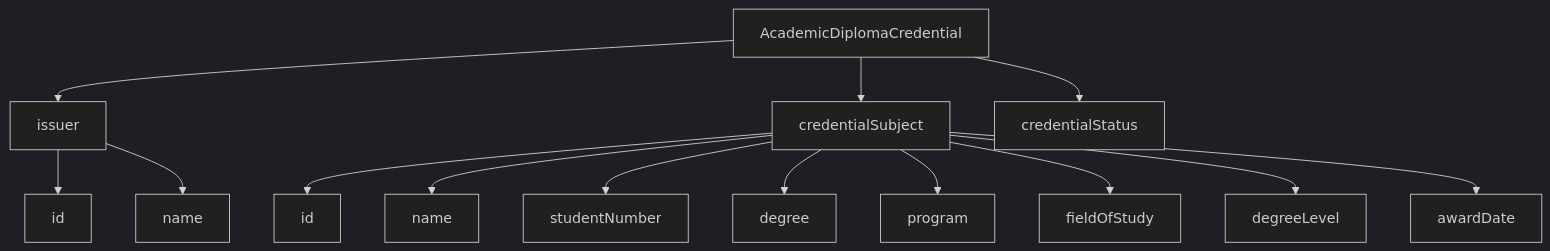
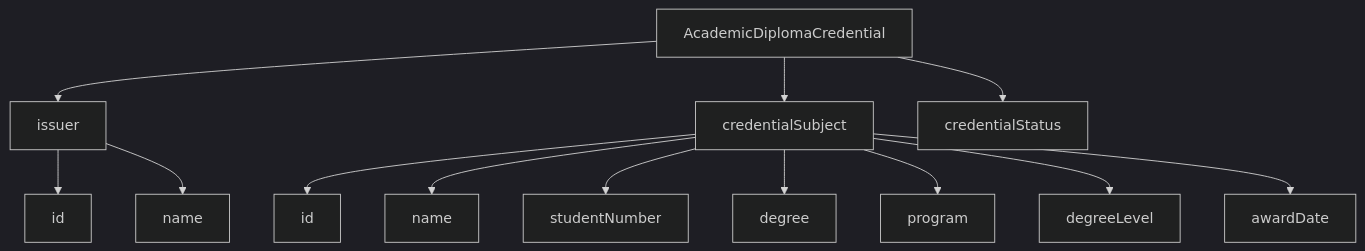
The second of 2 diagrams in docs/03-design/Data_Model.md (huypengin/UniDipVeri), drawn with Mermaid (dark theme) before and after one commit. The commit also changed other lines of this file and 23 other files, not shown here.

````diff
--- a/docs/03-design/Data_Model.md
+++ b/docs/03-design/Data_Model.md
@@ -204,20 +204,19 @@
 ```mermaid
 flowchart TD
     Root["AcademicDiplomaCredential"]
 
     Root --> Issuer["issuer"]
     Issuer --> IssuerId["id"]
     Issuer --> IssuerName["name"]
 
     Root --> Subject["credentialSubject"]
     Subject --> SubId["id"]
     Subject --> SubName["name"]
     Subject --> SubStudentNumber["studentNumber"]
     Subject --> SubDegree["degree"]
     Subject --> SubProgram["program"]
-    Subject --> SubField["fieldOfStudy"]
     Subject --> SubDegreeLevel["degreeLevel"]
     Subject --> SubAwardDate["awardDate"]
 
     Root --> Status["credentialStatus"]
 ```
````
